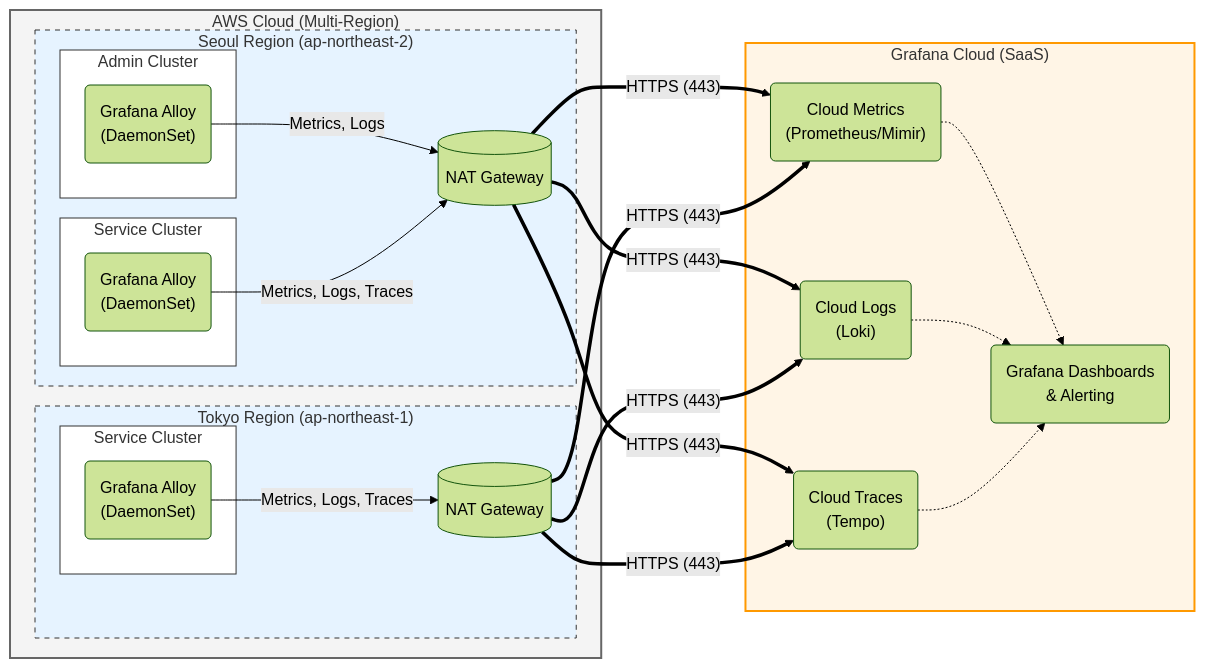
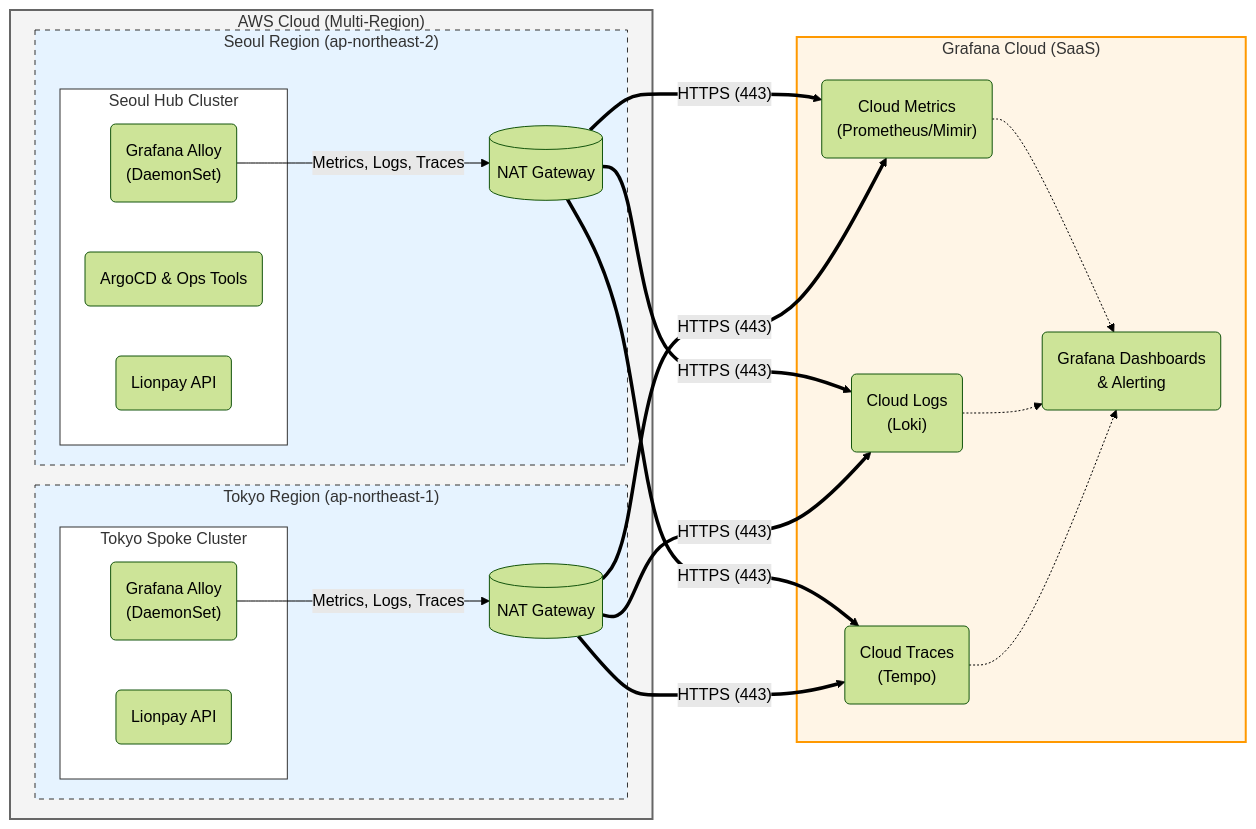
Before and after one commit to LionPay-Team1/lionpay-infra: the diagram in docs/lionpay-monitoring.md, drawn with Mermaid (forest theme). The commit also changed other lines of this file and 42 other files, not shown here.

````diff
--- a/docs/lionpay-monitoring.md
+++ b/docs/lionpay-monitoring.md
@@ -108,62 +94,57 @@
 ```mermaid
 graph LR
     subgraph AWS["AWS Cloud (Multi-Region)"]
         style AWS fill:#f4f4f4,stroke:#666,stroke-width:2px,color:#333
 
         subgraph SeoulRegion["Seoul Region (ap-northeast-2)"]
             style SeoulRegion fill:#e6f3ff,stroke:#333,stroke-dasharray: 5 5,color:#333
             
-            subgraph AdminCluster["Admin Cluster"]
-                style AdminCluster fill:#fff,stroke:#333,color:#333
-                AlloyAdmin("Grafana Alloy<br/>(DaemonSet)")
-            end
-
-            subgraph SvcClusterSeoul["Service Cluster"]
-                style SvcClusterSeoul fill:#fff,stroke:#333,color:#333
+            subgraph HubCluster["Seoul Hub Cluster"]
+                style HubCluster fill:#fff,stroke:#333,color:#333
                 AlloySeoul("Grafana Alloy<br/>(DaemonSet)")
+                ArgoCD("ArgoCD & Ops Tools")
+                SvcSeoul("Lionpay API")
             end
             
             NATSeoul[("NAT Gateway")]
         end
 
         subgraph TokyoRegion["Tokyo Region (ap-northeast-1)"]
             style TokyoRegion fill:#e6f3ff,stroke:#333,stroke-dasharray: 5 5,color:#333
             
-            subgraph SvcClusterTokyo["Service Cluster"]
-                style SvcClusterTokyo fill:#fff,stroke:#333,color:#333
+            subgraph SpokeCluster["Tokyo Spoke Cluster"]
+                style SpokeCluster fill:#fff,stroke:#333,color:#333
                 AlloyTokyo("Grafana Alloy<br/>(DaemonSet)")
+                SvcTokyo("Lionpay API")
             end
             
             NATTokyo[("NAT Gateway")]
         end
     end
 
     subgraph GrafanaCloud["Grafana Cloud (SaaS)"]
         style GrafanaCloud fill:#fff5e6,stroke:#ff9900,stroke-width:2px,color:#333
         
         GMetrics("Cloud Metrics<br/>(Prometheus/Mimir)")
         GLogs("Cloud Logs<br/>(Loki)")
         GTraces("Cloud Traces<br/>(Tempo)")
         GDash("Grafana Dashboards<br/>& Alerting")
     end
 
     %% Data Flow from Seoul
-    AlloyAdmin -->|"Metrics, Logs"| NATSeoul
     AlloySeoul -->|"Metrics, Logs, Traces"| NATSeoul
-    
     NATSeoul == "HTTPS (443)" ==> GMetrics
     NATSeoul == "HTTPS (443)" ==> GLogs
     NATSeoul == "HTTPS (443)" ==> GTraces
 
     %% Data Flow from Tokyo
     AlloyTokyo -->|"Metrics, Logs, Traces"| NATTokyo
-    
     NATTokyo == "HTTPS (443)" ==> GMetrics
     NATTokyo == "HTTPS (443)" ==> GLogs
     NATTokyo == "HTTPS (443)" ==> GTraces
 
     %% Internal Connections
     GMetrics -.-> GDash
     GLogs -.-> GDash
     GTraces -.-> GDash
 ```
````
